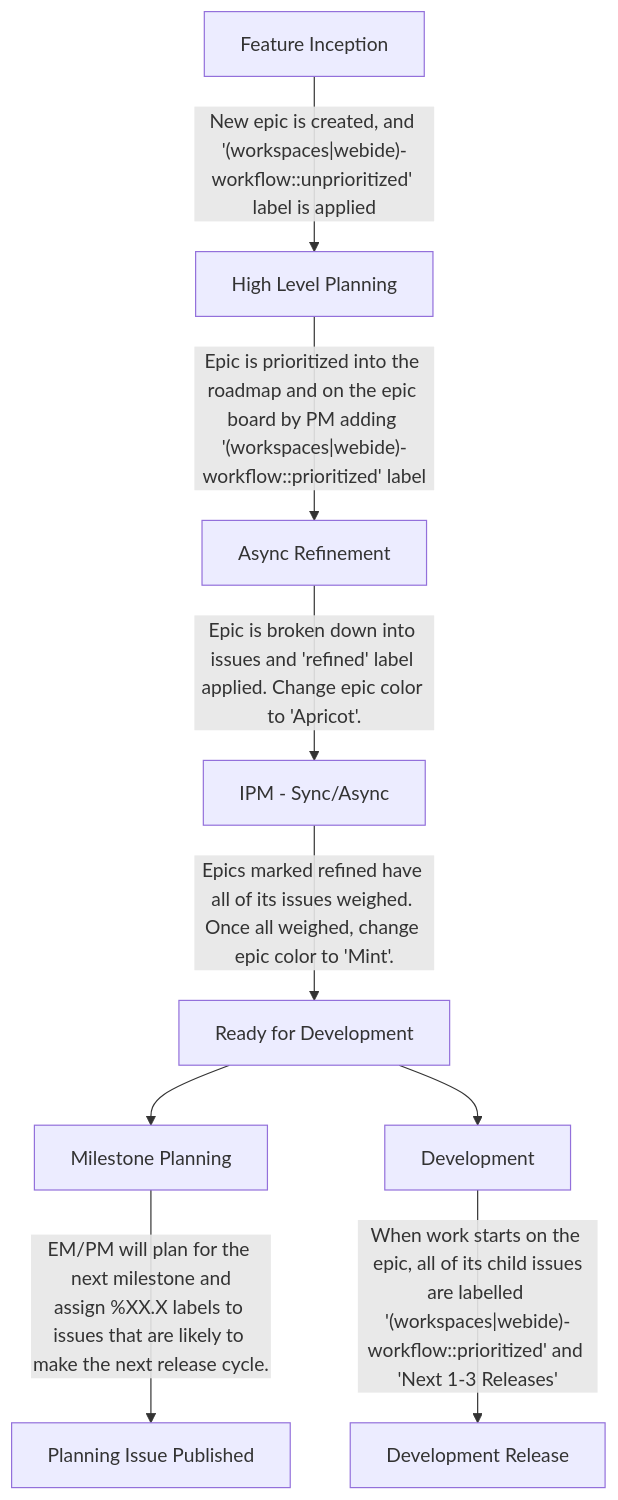
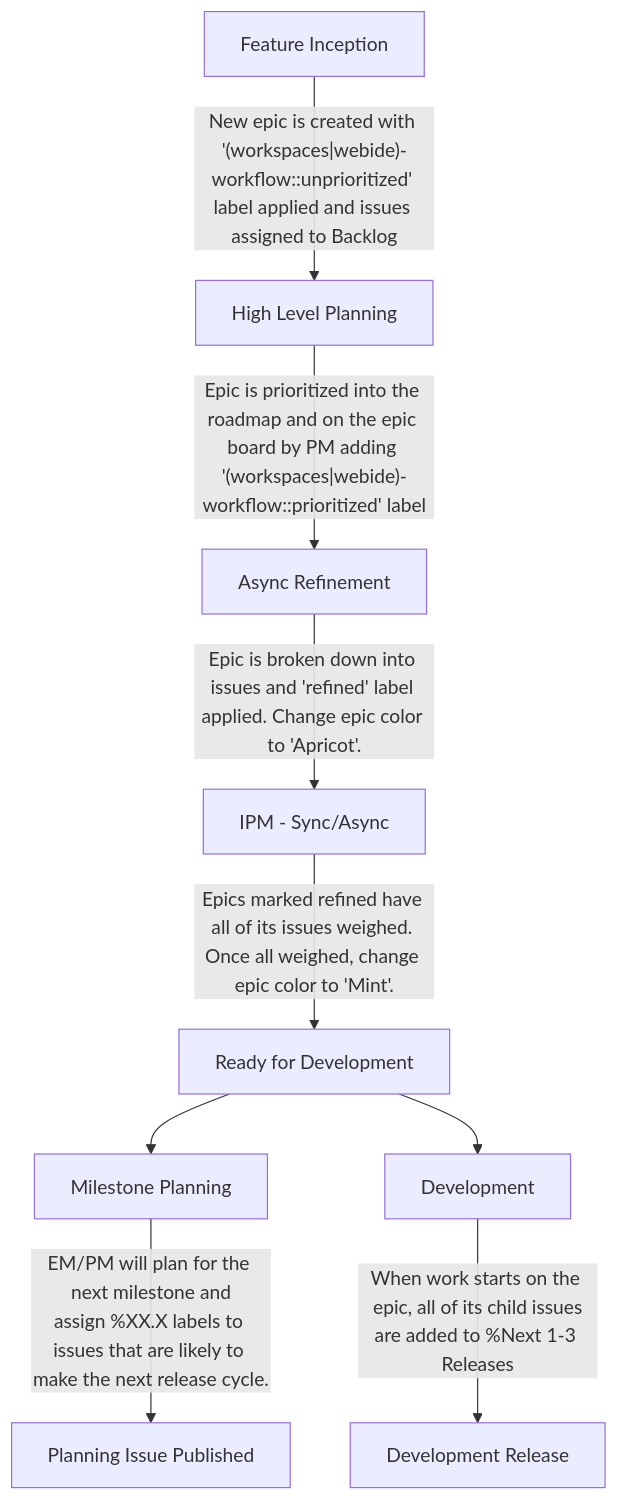
One commit to zalyoung/gitlab-handbook changed the diagram in content/handbook/engineering/development/dev/create/remote-development/_index.md. Above: the diagram before and after it, drawn with Mermaid. The commit also changed other lines of this file, not shown here.

First line of the commit message:
Simplify planning process with milestones and reduce label overhead

````diff
--- a/content/handbook/engineering/development/dev/create/remote-development/_index.md
+++ b/content/handbook/engineering/development/dev/create/remote-development/_index.md
@@ -224,14 +172,14 @@
 ```mermaid
 graph TD;
-  S[Feature Inception] -->|"New epic is created, and '(workspaces|webide)-workflow::unprioritized' label is applied"| V[High Level Planning]
+  S[Feature Inception] -->|"New epic is created with '(workspaces|webide)-workflow::unprioritized' label applied and issues assigned to Backlog"| V[High Level Planning]
   V -->|"Epic is prioritized into the roadmap and on the epic board by PM adding '(workspaces|webide)-workflow::prioritized' label "| R[Async Refinement]
   R -->|"Epic is broken down into issues and 'refined' label applied. Change epic color to 'Apricot'."| P[IPM - Sync/Async]
   P -->|"Epics marked refined have all of its issues weighed. Once all weighed, change epic color to 'Mint'."| I[Ready for Development]
 
   I --> N[Milestone Planning]
   I --> D[Development]
 
   N -->|"EM/PM will plan for the next milestone and\nassign %XX.X labels to issues that are likely to make the next release cycle."| E1[Planning Issue Published]
-  D -->|"When work starts on the epic, all of its child issues\nare labelled '(workspaces|webide)-workflow::prioritized' and 'Next 1-3 Releases'"| E2[Development Release]
+  D -->|"When work starts on the epic, all of its child issues\nare added to %"Next 1-3 Releases""| E2[Development Release]
 
 ```
````
